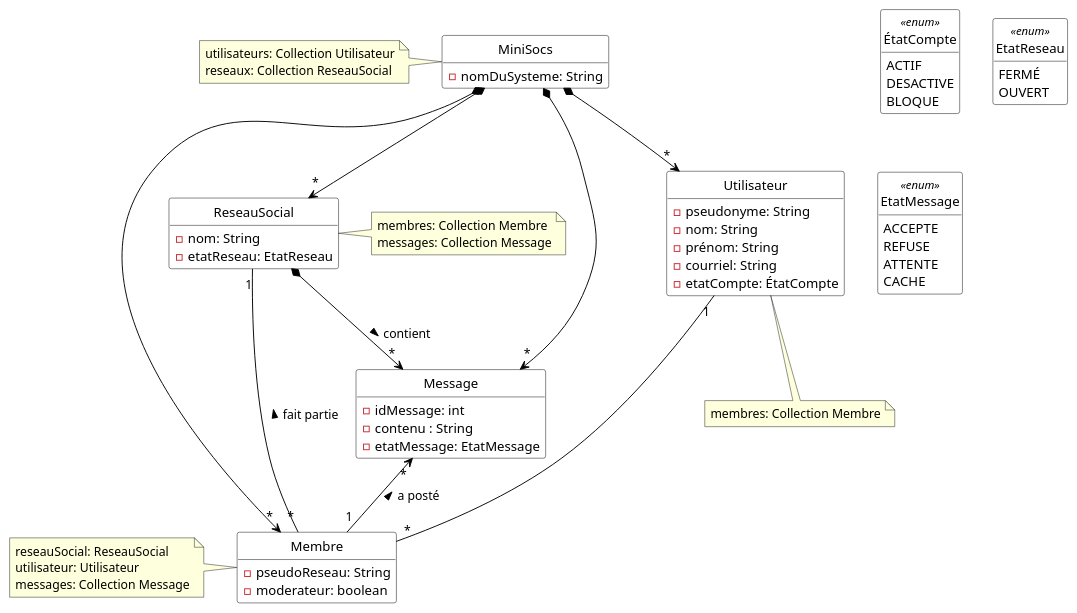
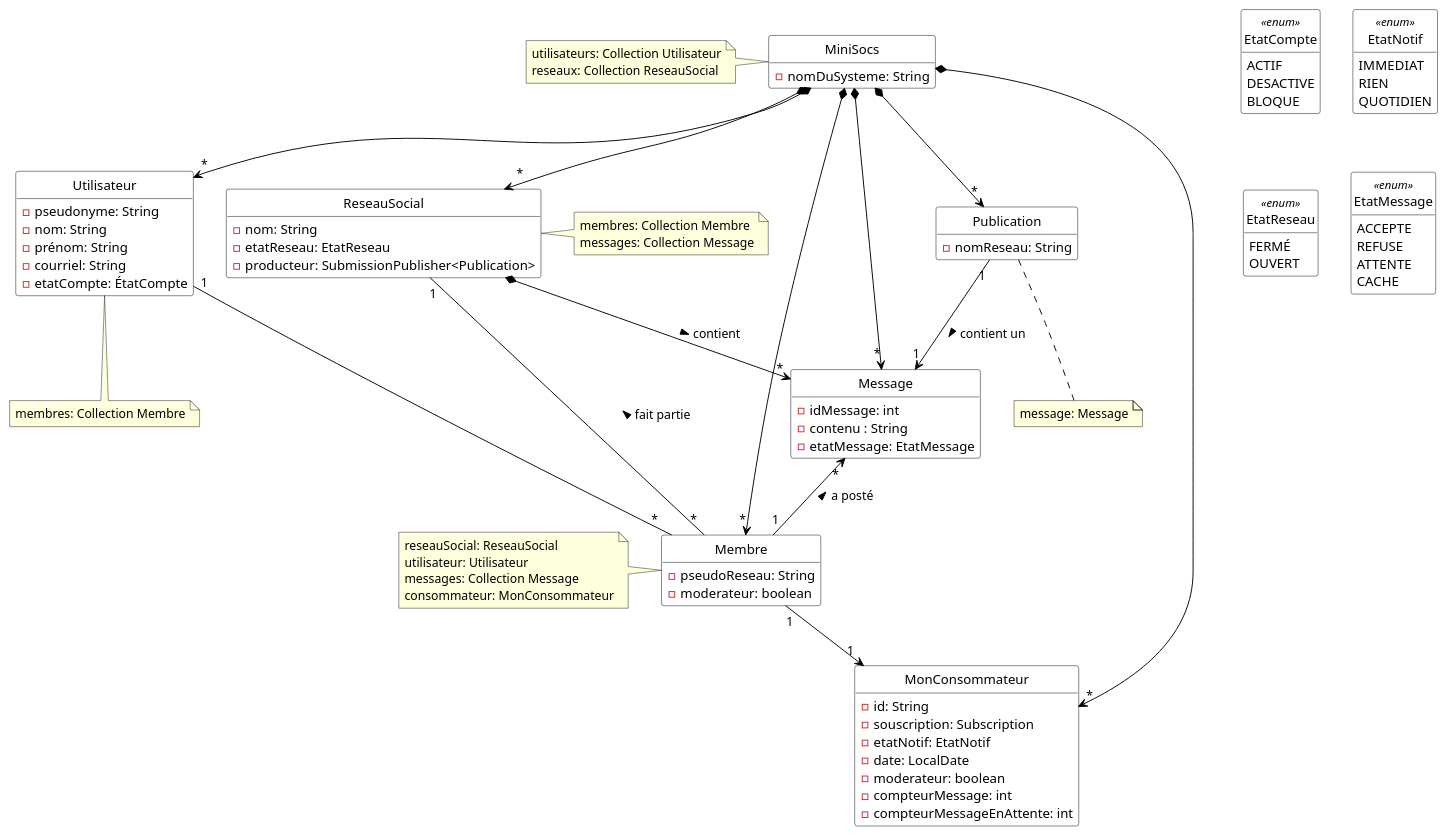
Before and after one commit to ThELud0/Minisocs: the diagram in Diagrammes/minisocs_uml_diag_classes_sans_notif.pu, drawn with PlantUML. The commit also changed 12 other files, not shown here.

Commit message:
diagramme classe et sequence

```diff
--- a/Diagrammes/minisocs_uml_diag_classes_sans_notif.pu
+++ b/Diagrammes/minisocs_uml_diag_classes_sans_notif.pu
@@ -1,77 +1,103 @@
 @startuml
 
 'Diagramme de classes (PlantUML)'
 
 'Configuration charte graphique'
 hide empty methods
 hide circle
 skinparam class {
   BackgroundColor White
   ArrowColor Black
   BorderColor Black
 }
 
 'Classes, énumérations, etc.'
 
 class MiniSocs {
   - nomDuSysteme: String
 }
 note left of MiniSocs: utilisateurs: Collection Utilisateur\nreseaux: Collection ReseauSocial
 
 class Utilisateur {
   - pseudonyme: String
   - nom: String
   - prénom: String
   - courriel: String
   - etatCompte: ÉtatCompte
 }
 note bottom of Utilisateur: membres: Collection Membre
 
-enum ÉtatCompte <<enum>> {
+enum EtatCompte <<enum>> {
   ACTIF
   DESACTIVE
   BLOQUE
 }
 class Membre {
   - pseudoReseau: String
   - moderateur: boolean
 }
 
-note left of Membre: reseauSocial: ReseauSocial\nutilisateur: Utilisateur\nmessages: Collection Message
+note left of Membre: reseauSocial: ReseauSocial\nutilisateur: Utilisateur\nmessages: Collection Message\nconsommateur: MonConsommateur
+
+enum EtatNotif <<enum>> {
+  IMMEDIAT
+  RIEN
+  QUOTIDIEN
+}
+
+class MonConsommateur {
+  - id: String
+  - souscription: Subscription
+  - etatNotif: EtatNotif 
+  - date: LocalDate
+  - moderateur: boolean 
+  - compteurMessage: int
+  - compteurMessageEnAttente: int
+}
+
+class Publication {
+  - nomReseau: String
+}
+note bottom of Publication: message: Message
 
 
 class ReseauSocial {
   - nom: String
   - etatReseau: EtatReseau
+  - producteur: SubmissionPublisher<Publication>
 }
 
 note right of ReseauSocial: membres: Collection Membre\nmessages: Collection Message
 
 enum EtatReseau <<enum>> {
   FERMÉ
   OUVERT
 }
 class Message {
   - idMessage: int
   - contenu : String
   - etatMessage: EtatMessage
 }
 enum EtatMessage <<enum>> {
   ACCEPTE
   REFUSE
   ATTENTE
   CACHE
 }
 
 'Associations, etc.'
 MiniSocs *--> "*" Utilisateur
 MiniSocs *--> "*" Membre
 MiniSocs *--> "*" Message
 MiniSocs *--> "*" ReseauSocial
+MiniSocs *--> "*" MonConsommateur
+MiniSocs *--> "*" Publication
 Utilisateur "1" -- "*" Membre
+Membre "1" --> "1" MonConsommateur
+Publication "1" --> "1" Message : > contient un
 ReseauSocial "1" -- "*" Membre : < fait partie
 Message "*"<-- "1" Membre : < a posté
 ReseauSocial *--> "*" Message : > contient
 'Au besoin, aides pour le positionnement'
 
 @enduml
```
